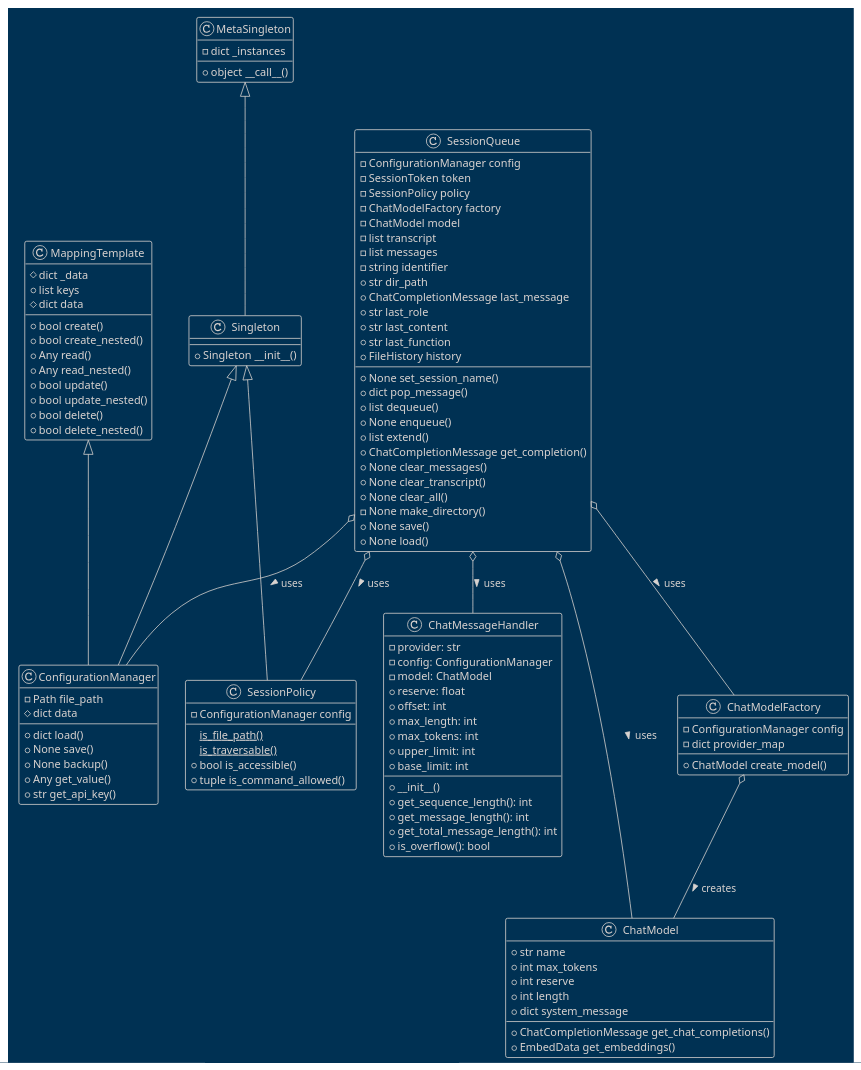
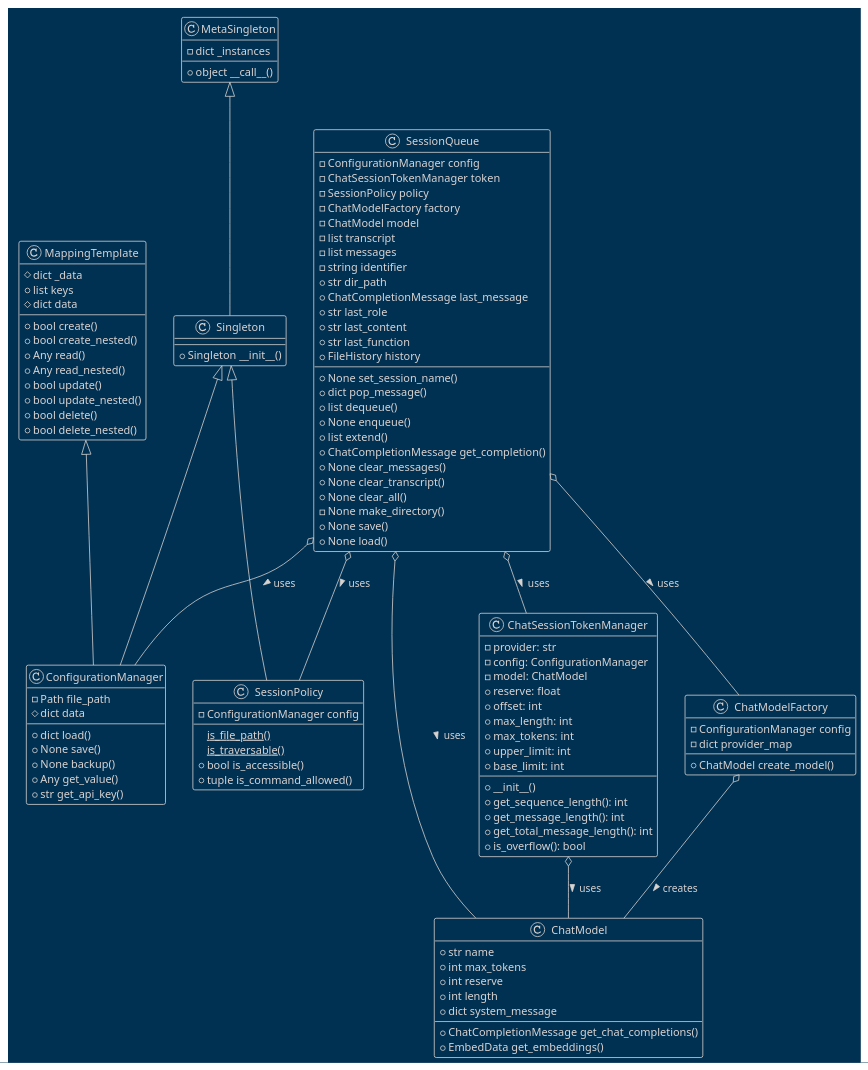
One commit to teleprint-me/py.gpt.prompt changed the diagram in docs/diagrams/plantuml/session_queue.puml. Above: the diagram before and after it, drawn with PlantUML. The commit also changed 2 other files, not shown here.

Commit message:
docs: Update diagram class and relationship definitions

```diff
--- a/docs/diagrams/plantuml/session_queue.puml
+++ b/docs/diagrams/plantuml/session_queue.puml
@@ -1,117 +1,118 @@
 @startuml SessionQueue
 !theme blueprint
 
 ' docs/diagrams/plantuml/session_queue.puml
 
 class SessionQueue {
   - ConfigurationManager config
-  - SessionToken token
+  - ChatSessionTokenManager token
   - SessionPolicy policy
   - ChatModelFactory factory
   - ChatModel model
   - list transcript
   - list messages
   - string identifier
   + str dir_path
   + ChatCompletionMessage last_message
   + str last_role
   + str last_content
   + str last_function
   + FileHistory history
   + None set_session_name()
   + dict pop_message()
   + list dequeue()
   + None enqueue()
   + list extend()
   + ChatCompletionMessage get_completion()
   + None clear_messages()
   + None clear_transcript()
   + None clear_all()
   - None make_directory()
   + None save()
   + None load()
 }
 
 class MetaSingleton {
     - dict _instances
     + object __call__()
 }
 
 class Singleton extends MetaSingleton {
   + Singleton __init__()
 }
 
 class MappingTemplate {
   # dict _data
   + list keys
   # dict data
   + bool create()
   + bool create_nested()
   + Any read()
   + Any read_nested()
   + bool update()
   + bool update_nested()
   + bool delete()
   + bool delete_nested()
 }
 
 class ConfigurationManager extends Singleton, MappingTemplate {
   - Path file_path
   # dict data
   + dict load()
   + None save()
   + None backup()
   + Any get_value()
   + str get_api_key()
 }
 
-class ChatMessageHandler {
+class ChatSessionTokenManager {
   - provider: str
   - config: ConfigurationManager
   - model: ChatModel
   + reserve: float
   + offset: int
   + max_length: int
   + max_tokens: int
   + upper_limit: int
   + base_limit: int
   + __init__()
   + get_sequence_length(): int
   + get_message_length(): int
   + get_total_message_length(): int
   + is_overflow(): bool
 }
 
 class SessionPolicy extends Singleton {
   - ConfigurationManager config
   {static} is_file_path()
   {static} is_traversable()
   + bool is_accessible()
   + tuple is_command_allowed()
 }
 
 class ChatModelFactory {
   - ConfigurationManager config
   - dict provider_map
   + ChatModel create_model()
 }
 
 class ChatModel {
   + str name
   + int max_tokens
   + int reserve
   + int length
   + dict system_message
   + ChatCompletionMessage get_chat_completions()
   + EmbedData get_embeddings()
 }
 
 ' Define relationships
 
 SessionQueue o-- ConfigurationManager : uses >
-SessionQueue o-- ChatMessageHandler : uses >
+SessionQueue o-- ChatSessionTokenManager : uses >
 SessionQueue o-- SessionPolicy : uses >
 SessionQueue o-- ChatModel : uses >
+ChatSessionTokenManager o-- ChatModel : uses >
 ChatModelFactory o-- ChatModel : creates >
 SessionQueue o-- ChatModelFactory : uses >
 @enduml
```
